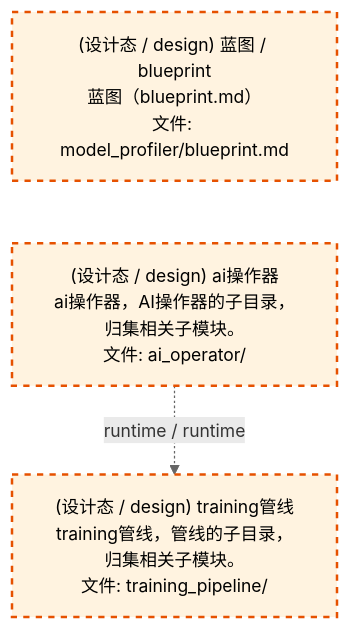
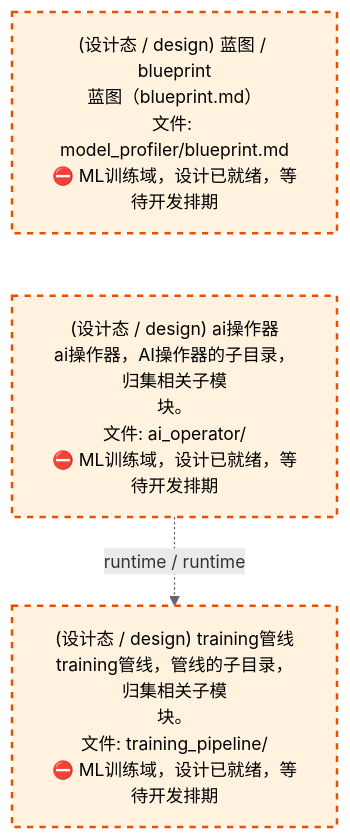
The third of 4 diagrams in docs/02_enterprise_architecture/02_domain_architecture_docs/61_d_ml_train.md (xuanFelixVan/ZephyrAlpha), drawn with Mermaid before and after one commit. The commit also changed other lines of this file and 59 other files, not shown here.

````diff
--- a/docs/02_enterprise_architecture/02_domain_architecture_docs/61_d_ml_train.md
+++ b/docs/02_enterprise_architecture/02_domain_architecture_docs/61_d_ml_train.md
@@ -119,14 +119,14 @@
 ```mermaid
 %%{init: {'theme': 'base', 'themeVariables': {'primaryColor': '#eaeaea', 'primaryTextColor': '#333333', 'primaryBorderColor': '#666666', 'lineColor': '#666666', 'secondaryColor': '#eaeaea', 'tertiaryColor': '#eaeaea', 'fontSize': '14px'}}}%%
 flowchart TD
-    docs_03_modules_cross_layer_model_profiler_blueprint_md["(设计态 / design) 蓝图 / blueprint<br/>蓝图（blueprint.md）<br/>文件: model_profiler/blueprint.md"]
-    src_zephyr_ml_train_ai_operator["(设计态 / design) ai操作器<br/>ai操作器，AI操作器的子目录，归集相关子模块。<br/>文件: ai_operator/"]
+    docs_03_modules_cross_layer_model_profiler_blueprint_md["(设计态 / design) 蓝图 / blueprint<br/>蓝图（blueprint.md）<br/>文件: model_profiler/blueprint.md<br/>⛔ ML训练域，设计已就绪，等待开发排期"]
+    src_zephyr_ml_train_ai_operator["(设计态 / design) ai操作器<br/>ai操作器，AI操作器的子目录，归集相关子模<br/>块。<br/>文件: ai_operator/<br/>⛔ ML训练域，设计已就绪，等待开发排期"]
     docs_03_modules_cross_layer_model_profiler_blueprint_md ~~~ src_zephyr_ml_train_ai_operator
-    src_zephyr_ml_train_training_pipeline["(设计态 / design) training管线<br/>training管线，管线的子目录，归集相关子模块。<br/>文件: training_pipeline/"]
+    src_zephyr_ml_train_training_pipeline["(设计态 / design) training管线<br/>training管线，管线的子目录，归集相关子模<br/>块。<br/>文件: training_pipeline/<br/>⛔ ML训练域，设计已就绪，等待开发排期"]
     src_zephyr_ml_train_ai_operator -.->|runtime / runtime| src_zephyr_ml_train_training_pipeline
     classDef production fill:#e1f5fe,stroke:#01579b,stroke-width:2px,color:#000
     classDef design fill:#fff3e0,stroke:#e65100,stroke-width:2px,color:#000,stroke-dasharray: 5 5
     classDef external_prod fill:#e8f4fd,stroke:#0277bd,stroke-width:1px,color:#000
     classDef external_design fill:#fff8e7,stroke:#ef6c00,stroke-width:1px,color:#000,stroke-dasharray: 5 5
     class docs_03_modules_cross_layer_model_profiler_blueprint_md,src_zephyr_ml_train_ai_operator,src_zephyr_ml_train_training_pipeline design
 ```
````
